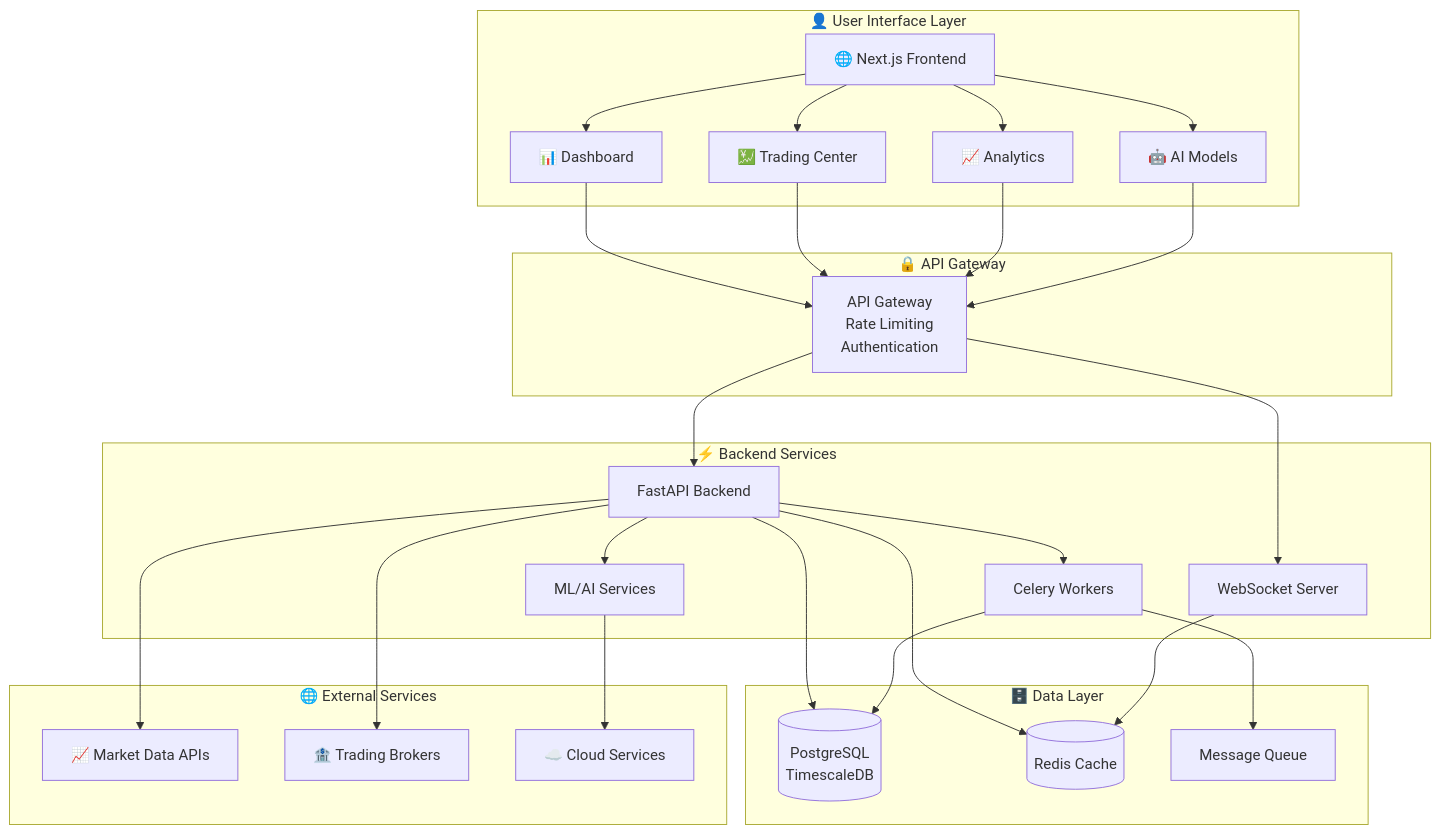
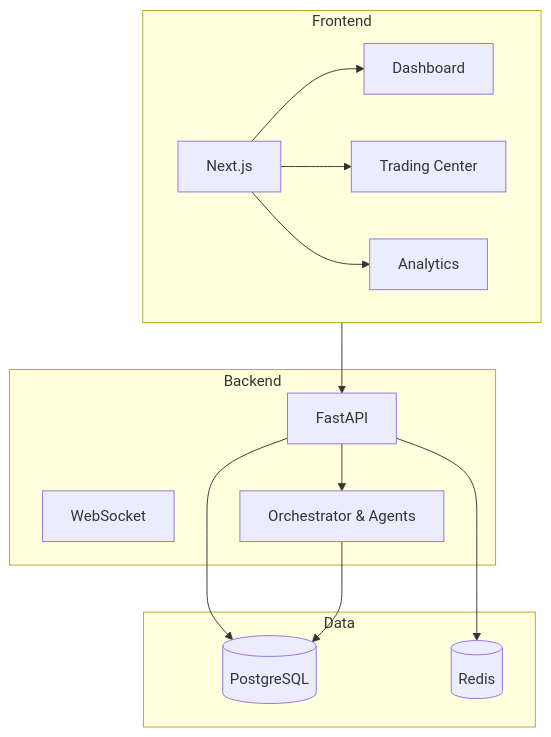
The diagram in README.md (massoudsh/Findash), drawn with Mermaid before and after one commit. The commit also changed other lines of this file and 39 other files, not shown here.

````diff
--- a/README.md
+++ b/README.md
@@ -37,58 +26,25 @@
 ```mermaid
 graph TB
-    subgraph UI["👤 User Interface Layer"]
-        Frontend[🌐 Next.js Frontend]
-        Dashboard[📊 Dashboard]
-        Trading[💹 Trading Center]
-        Analytics[📈 Analytics]
-        AI[🤖 AI Models]
-        Frontend --> Dashboard
-        Frontend --> Trading
-        Frontend --> Analytics
-        Frontend --> AI
+    subgraph UI["Frontend"]
+        F[Next.js]
+        F --> D[Dashboard]
+        F --> T[Trading Center]
+        F --> A[Analytics]
     end
     
-    subgraph Gateway["🔒 API Gateway"]
-        API_GW[API Gateway<br/>Rate Limiting<br/>Authentication]
+    subgraph Backend["Backend"]
+        API[FastAPI]
+        WS[WebSocket]
+        API --> M[Orchestrator & Agents]
     end
     
-    subgraph Backend["⚡ Backend Services"]
-        FastAPI[FastAPI Backend]
-        WebSocket[WebSocket Server]
-        Celery[Celery Workers]
-        ML[ML/AI Services]
+    subgraph Data["Data"]
+        PG[(PostgreSQL)]
+        R[(Redis)]
     end
     
-    subgraph Data["🗄️ Data Layer"]
-        Postgres[(PostgreSQL<br/>TimescaleDB)]
-        Redis[(Redis Cache)]
-        Queue[Message Queue]
-    end
-    
-    subgraph External["🌐 External Services"]
-        Market[📈 Market Data APIs]
-        Broker[🏦 Trading Brokers]
-        Cloud[☁️ Cloud Services]
-    end
-    
-    Dashboard --> API_GW
-    Trading --> API_GW
-    Analytics --> API_GW
-    AI --> API_GW
-    
-    API_GW --> FastAPI
-    API_GW --> WebSocket
-    
-    FastAPI --> Postgres
-    FastAPI --> Redis
-    FastAPI --> Celery
-    FastAPI --> ML
-    
-    WebSocket --> Redis
-    Celery --> Postgres
-    Celery --> Queue
-    
-    FastAPI --> Market
-    FastAPI --> Broker
-    ML --> Cloud
+    UI --> API
+    API --> PG
+    API --> R
+    M --> PG
 ```
````
